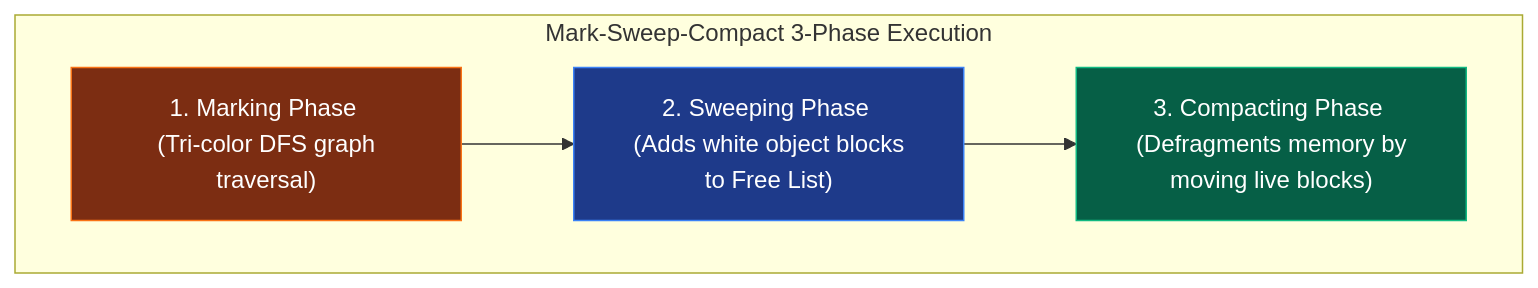
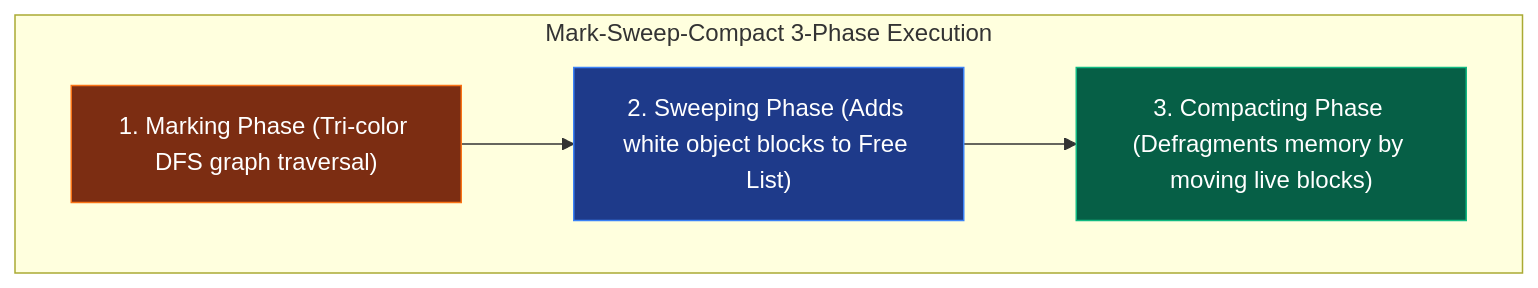
Before and after one commit to awoladhossain/awolad-docs: the fifth of 7 diagrams in content/javascript.md, drawn with Mermaid. The commit also changed other lines of this file, not shown here.

Commit message:
fix: resolve all Mermaid rendering syntax errors across JavaScript handbook

````diff
--- a/content/javascript.md
+++ b/content/javascript.md
@@ -332,14 +332,14 @@
 ```mermaid
 flowchart TD
-    subgraph MajorGCProcess [Mark-Sweep-Compact 3-Phase Execution]
-        PhaseM["1. Marking Phase <br> (Tri-color DFS graph traversal)"]
-        PhaseS["2. Sweeping Phase <br> (Adds white object blocks to Free List)"]
-        PhaseC["3. Compacting Phase <br> (Defragments memory by moving live blocks)"]
+    subgraph MajorGCProcess ["Mark-Sweep-Compact 3-Phase Execution"]
+        PhaseM["1. Marking Phase (Tri-color DFS graph traversal)"]
+        PhaseS["2. Sweeping Phase (Adds white object blocks to Free List)"]
+        PhaseC["3. Compacting Phase (Defragments memory by moving live blocks)"]
 
         PhaseM --> PhaseS
         PhaseS --> PhaseC
     end
     style PhaseM fill:#7c2d12,stroke:#f97316,color:#fff
     style PhaseS fill:#1e3a8a,stroke:#3b82f6,color:#fff
     style PhaseC fill:#065f46,stroke:#10b981,color:#fff
 ```
````
